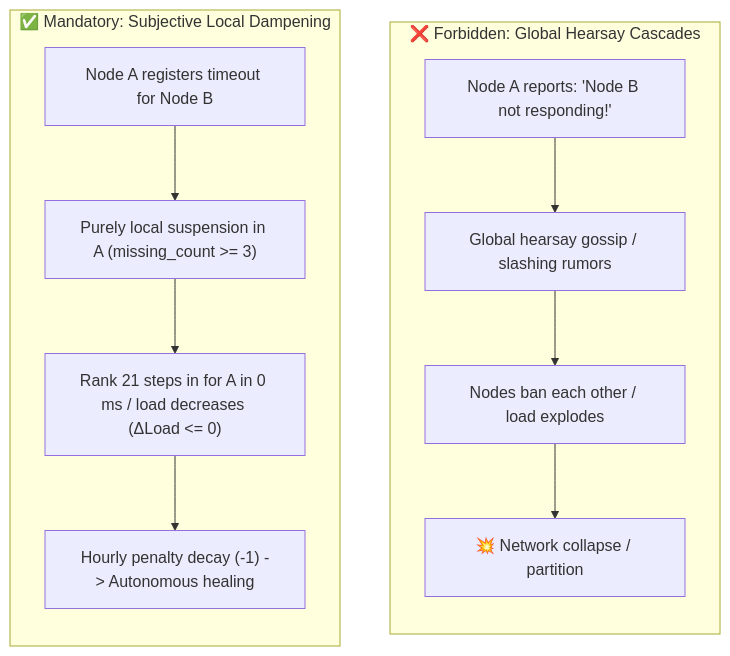
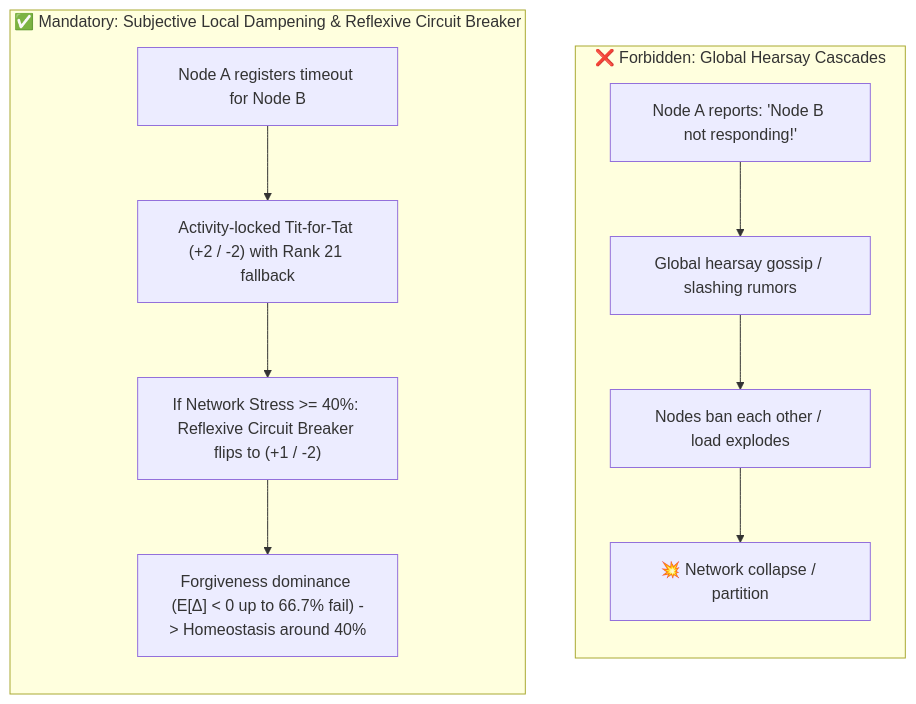
Before and after one commit to minutogit/human-money-node: the first of 2 diagrams in AGENTS.md, drawn with Mermaid. The commit also changed 10 other files, not shown here.

First line of the commit message:
feat(core): implement +2/-2 tit-for-tat with 2h/40% reflexive stress circuit breaker

````diff
--- a/AGENTS.md
+++ b/AGENTS.md
@@ -63,16 +63,16 @@
 ```mermaid
 flowchart TD
     subgraph DeathSpiral["❌ Forbidden: Global Hearsay Cascades"]
         direction TB
         A1["Node A reports: 'Node B not responding!'"] --> B1["Global hearsay gossip / slashing rumors"]
         B1 --> C1["Nodes ban each other / load explodes"]
         C1 --> Collapse["💥 Network collapse / partition"]
     end
 
-    subgraph StableLocal["✅ Mandatory: Subjective Local Dampening"]
+    subgraph StableLocal["✅ Mandatory: Subjective Local Dampening & Reflexive Circuit Breaker"]
         direction TB
-        A2["Node A registers timeout for Node B"] --> B2["Purely local suspension in A (missing_count >= 3)"]
-        B2 --> C2["Rank 21 steps in for A in 0 ms / load decreases (ΔLoad <= 0)"]
-        C2 --> Heal["Hourly penalty decay (-1) -> Autonomous healing"]
+        A2["Node A registers timeout for Node B"] --> B2["Activity-locked Tit-for-Tat (+2 / -2) with Rank 21 fallback"]
+        B2 --> C2["If Network Stress >= 40%: Reflexive Circuit Breaker flips to (+1 / -2)"]
+        C2 --> Heal["Forgiveness dominance (E[Δ] < 0 up to 66.7% fail) -> Homeostasis around 40%"]
     end
 ```
````
